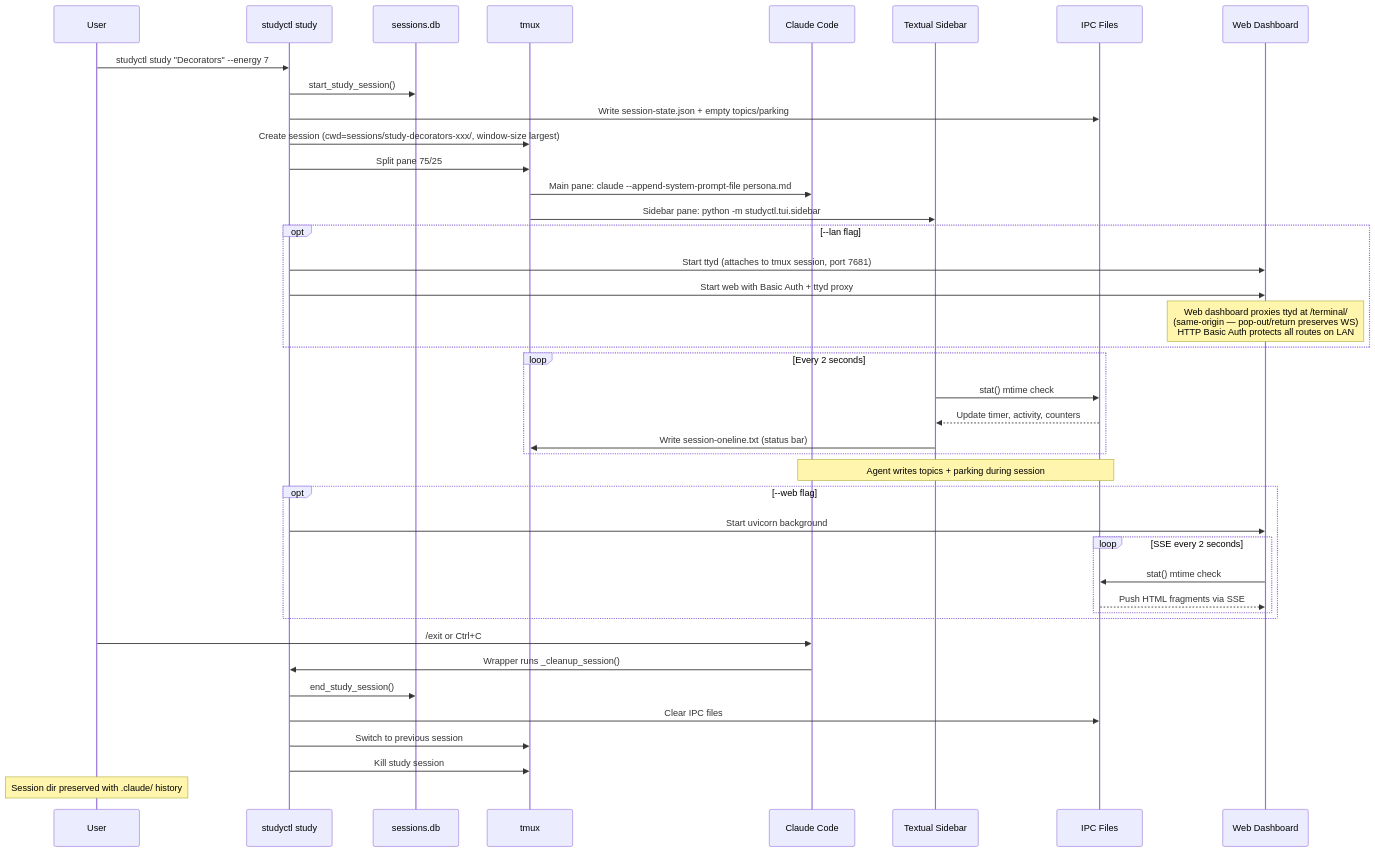
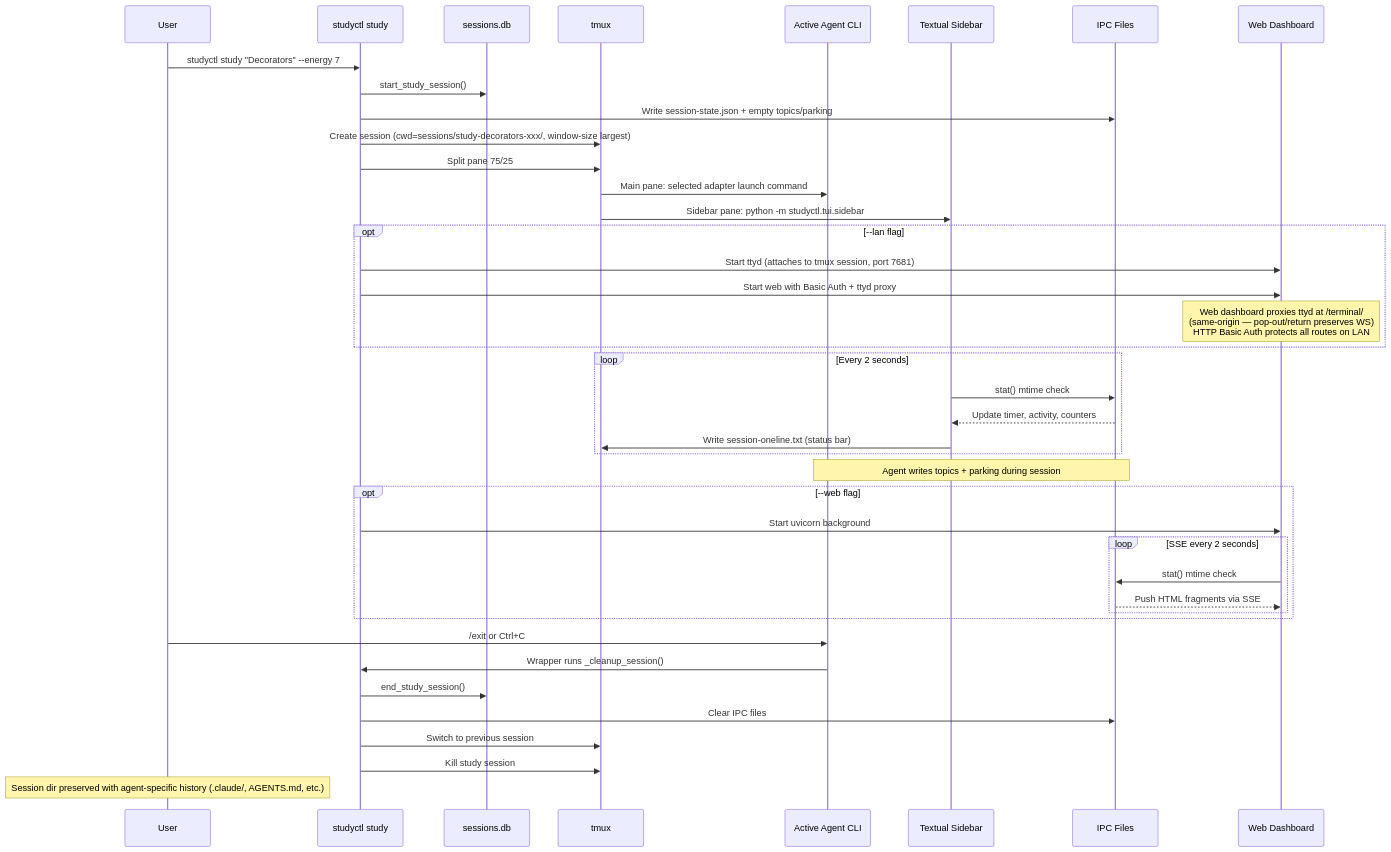
Before and after one commit to NetDevAutomate/StudyLoop: the third of 9 diagrams in docs/system-overview.md, drawn with Mermaid. The commit also changed other lines of this file and 8 other files, not shown here.

Commit message:
docs: refresh architecture and release docs

````diff
--- a/docs/system-overview.md
+++ b/docs/system-overview.md
@@ -143,50 +145,50 @@
 ```mermaid
 sequenceDiagram
     participant U as User
     participant CLI as studyctl study
     participant DB as sessions.db
     participant TMUX as tmux
-    participant AGENT as Claude Code
+    participant AGENT as Active Agent CLI
     participant TUI as Textual Sidebar
     participant IPC as IPC Files
     participant WEB as Web Dashboard
 
     U->>CLI: studyctl study "Decorators" --energy 7
     CLI->>DB: start_study_session()
     CLI->>IPC: Write session-state.json + empty topics/parking
     CLI->>TMUX: Create session (cwd=sessions/study-decorators-xxx/, window-size largest)
     CLI->>TMUX: Split pane 75/25
-    TMUX->>AGENT: Main pane: claude --append-system-prompt-file persona.md
+    TMUX->>AGENT: Main pane: selected adapter launch command
     TMUX->>TUI: Sidebar pane: python -m studyctl.tui.sidebar
 
     opt --lan flag
         CLI->>WEB: Start ttyd (attaches to tmux session, port 7681)
         CLI->>WEB: Start web with Basic Auth + ttyd proxy
         Note over WEB: Web dashboard proxies ttyd at /terminal/<br/>(same-origin — pop-out/return preserves WS)<br/>HTTP Basic Auth protects all routes on LAN
     end
 
     loop Every 2 seconds
         TUI->>IPC: stat() mtime check
         IPC-->>TUI: Update timer, activity, counters
         TUI->>TMUX: Write session-oneline.txt (status bar)
     end
 
     Note over AGENT,IPC: Agent writes topics + parking during session
 
     opt --web flag
         CLI->>WEB: Start uvicorn background
         loop SSE every 2 seconds
             WEB->>IPC: stat() mtime check
             IPC-->>WEB: Push HTML fragments via SSE
         end
     end
 
     U->>AGENT: /exit or Ctrl+C
     AGENT->>CLI: Wrapper runs _cleanup_session()
     CLI->>DB: end_study_session()
     CLI->>IPC: Clear IPC files
     CLI->>TMUX: Switch to previous session
     CLI->>TMUX: Kill study session
 
-    Note over U: Session dir preserved with .claude/ history
+    Note over U: Session dir preserved with agent-specific history (.claude/, AGENTS.md, etc.)
 ```
````
